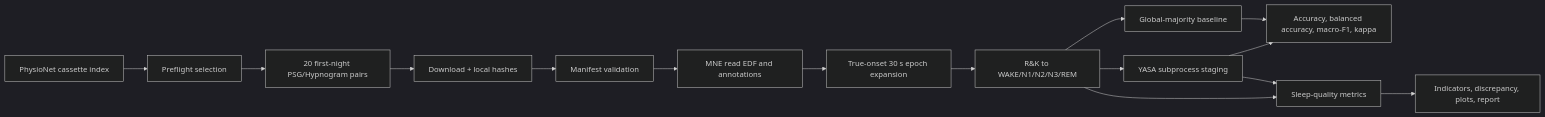
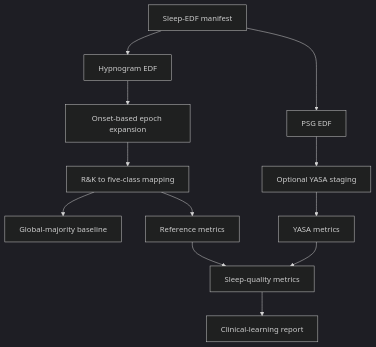
The second of 3 diagrams in WORK_GUIDE.md (Yikuan-Yan/Physiological-Signal-Analysis), drawn with Mermaid (dark theme) before and after one commit. The commit also changed other lines of this file and 10 other files, not shown here.

````diff
--- a/WORK_GUIDE.md
+++ b/WORK_GUIDE.md
@@ -372,17 +256,14 @@
 ```mermaid
-flowchart LR
-    A[PhysioNet cassette index] --> B[Preflight selection]
-    B --> C[20 first-night PSG/Hypnogram pairs]
-    C --> D[Download + local hashes]
-    D --> E[Manifest validation]
-    E --> F[MNE read EDF and annotations]
-    F --> G[True-onset 30 s epoch expansion]
-    G --> H[R&K to WAKE/N1/N2/N3/REM]
-    H --> I[Global-majority baseline]
-    H --> J[YASA subprocess staging]
-    I --> K[Accuracy, balanced accuracy, macro-F1, kappa]
-    J --> K
-    H --> L[Sleep-quality metrics]
-    J --> L
-    L --> M[Indicators, discrepancy, plots, report]
+flowchart TD
+    A[Sleep-EDF manifest] --> B[PSG EDF]
+    A --> C[Hypnogram EDF]
+    C --> D[Onset-based epoch expansion]
+    D --> E[R&K to five-class mapping]
+    E --> F[Global-majority baseline]
+    B --> G[Optional YASA staging]
+    E --> H[Reference metrics]
+    G --> I[YASA metrics]
+    H --> J[Sleep-quality metrics]
+    I --> J
+    J --> K[Clinical-learning report]
 ```
````
